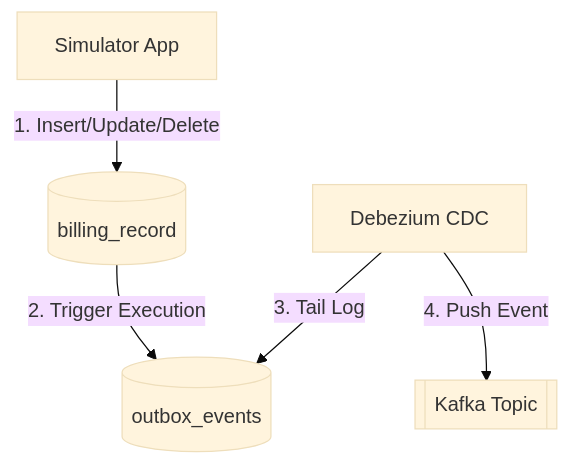
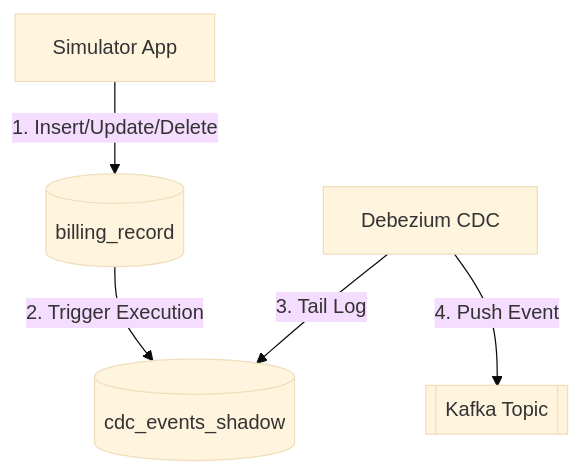
One commit to kank039/sim_ingestion changed the diagram in docs/approach_1_dba_outbox.md. Above: the diagram before and after it, drawn with Mermaid (base theme). The commit also changed other lines of this file and 94 other files, not shown here.

````diff
--- a/docs/approach_1_dba_outbox.md
+++ b/docs/approach_1_dba_outbox.md
@@ -3,7 +3,7 @@
 ```mermaid
 flowchart TD
     App["Simulator App"] -->|"1. Insert/Update/Delete"| DB_Main[("billing_record")]
-    DB_Main -->|"2. Trigger Execution"| DB_Outbox[("outbox_events")]
+    DB_Main -->|"2. Trigger Execution"| DB_Outbox[("cdc_events_shadow")]
     CDC["Debezium CDC"] -->|"3. Tail Log"| DB_Outbox
     CDC -->|"4. Push Event"| Kafka[["Kafka Topic"]]
 ```
````
